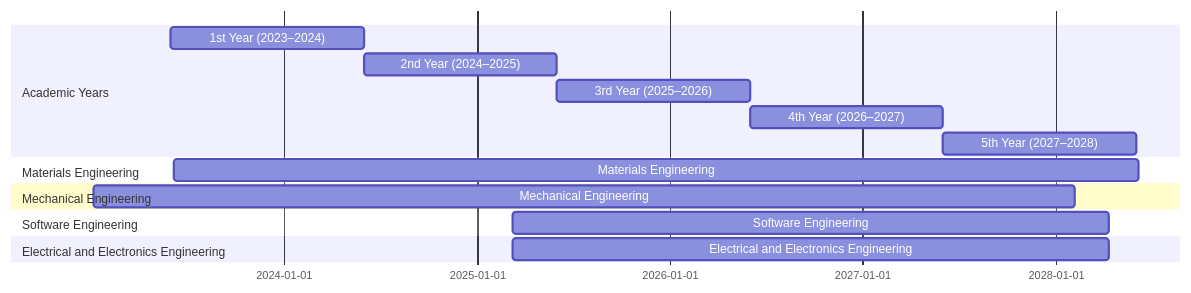
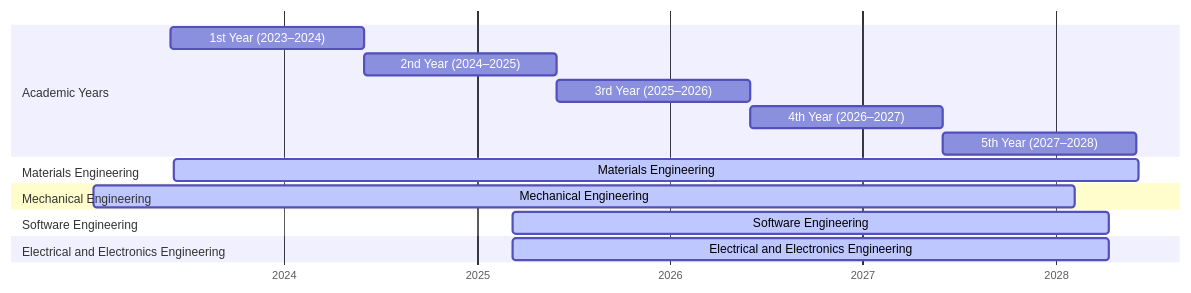
Before and after one commit to delblerferreromorgan/delblerferreromorgan: the first of 3 diagrams in README.md, drawn with Mermaid.

Commit message:
Update Gantt chart formatting in README.md

````diff
--- a/README.md
+++ b/README.md
@@ -48,24 +48,26 @@
 ```mermaid
 gantt
-    dateFormat YYYY-MM-DD
+    dateFormat  YYYY-MM-DD
+    axisFormat  %Y
+
 
     section Academic Years
     1st Year (2023–2024)        :a1, 2023-06-01, 2024-06-01
     2nd Year (2024–2025)        :a2, 2024-06-01, 2025-06-01
     3rd Year (2025–2026)        :a3, 2025-06-01, 2026-06-01
     4th Year (2026–2027)        :a4, 2026-06-01, 2027-06-01
     5th Year (2027–2028)        :a5, 2027-06-01, 2028-06-01
 
     section Materials Engineering
-    Materials Engineering       :m1, 2023-06-06, 2028-06-06
+    Materials Engineering       :active, materials, 2023-06-06, 2028-06-06
 
     section Mechanical Engineering
-    Mechanical Engineering      :m2, 2023-01-06, 2028-02-06
+    Mechanical Engineering      :active, mechanical, 2023-01-06, 2028-02-06
 
     section Software Engineering
-    Software Engineering        :s1, 2025-03-10, 2028-04-10
+    Software Engineering        :active, software, 2025-03-10, 2028-04-10
 
     section Electrical and Electronics Engineering
-    Electrical and Electronics Engineering :e1, 2025-03-10, 2028-04-10
+    Electrical and Electronics Engineering        :active, software, 2025-03-10, 2028-04-10
 
 ```
````
